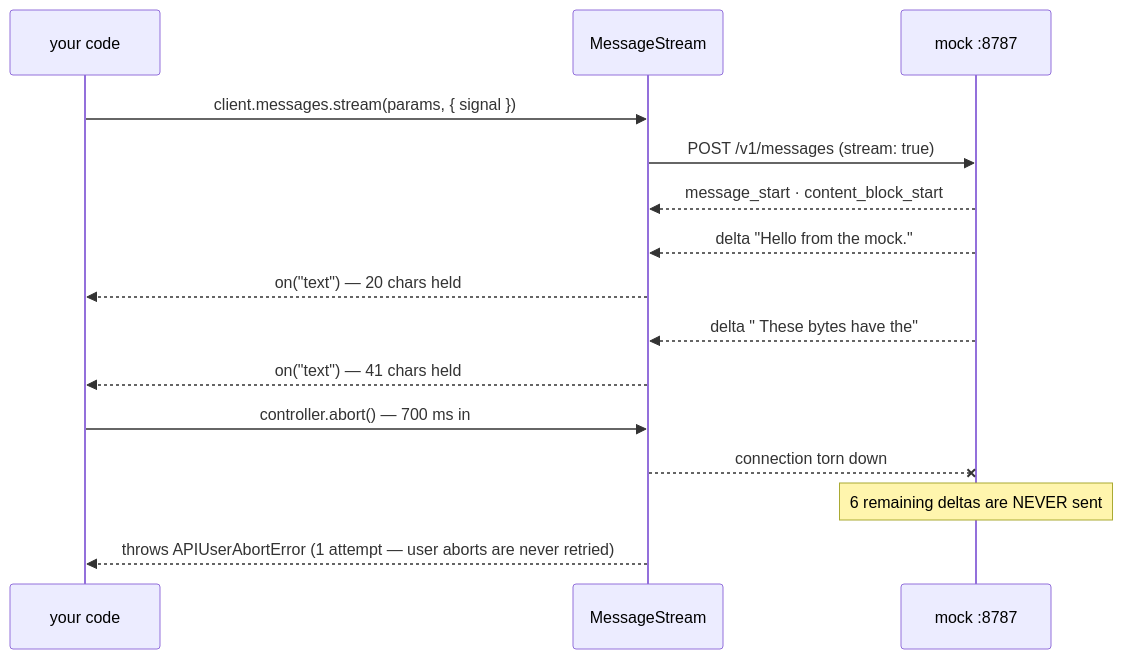
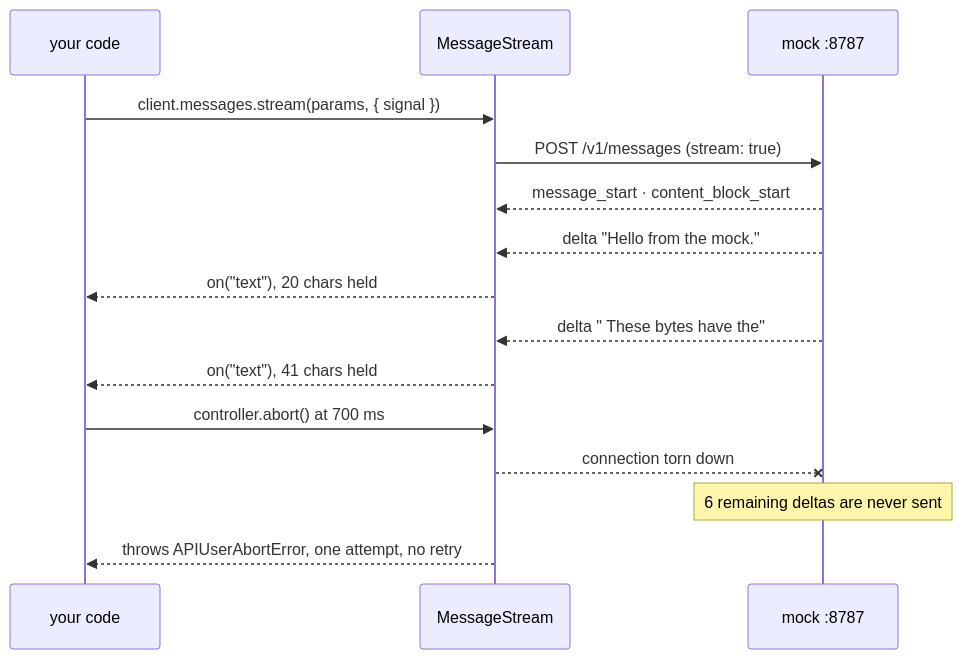
Before and after one commit to JozsefKiss90/TS: the second of 2 diagrams in wiki/lessons/lesson-0004-the-response-becomes-a-process.md, drawn with Mermaid. The commit also changed other lines of this file and 49 other files, not shown here.

````diff
--- a/wiki/lessons/lesson-0004-the-response-becomes-a-process.md
+++ b/wiki/lessons/lesson-0004-the-response-becomes-a-process.md
@@ -41,17 +41,17 @@
 ```mermaid
 sequenceDiagram
     participant C as your code
     participant S as MessageStream
     participant M as mock :8787
     C->>S: client.messages.stream(params, { signal })
     S->>M: POST /v1/messages (stream: true)
     M-->>S: message_start · content_block_start
     M-->>S: delta "Hello from the mock."
-    S-->>C: on("text") — 20 chars held
+    S-->>C: on("text"), 20 chars held
     M-->>S: delta " These bytes have the"
-    S-->>C: on("text") — 41 chars held
-    C->>S: controller.abort() — 700 ms in
+    S-->>C: on("text"), 41 chars held
+    C->>S: controller.abort() at 700 ms
     S--xM: connection torn down
-    Note over M: 6 remaining deltas are NEVER sent
-    S-->>C: throws APIUserAbortError (1 attempt — user aborts are never retried)
+    Note over M: 6 remaining deltas are never sent
+    S-->>C: throws APIUserAbortError, one attempt, no retry
 ```
````
